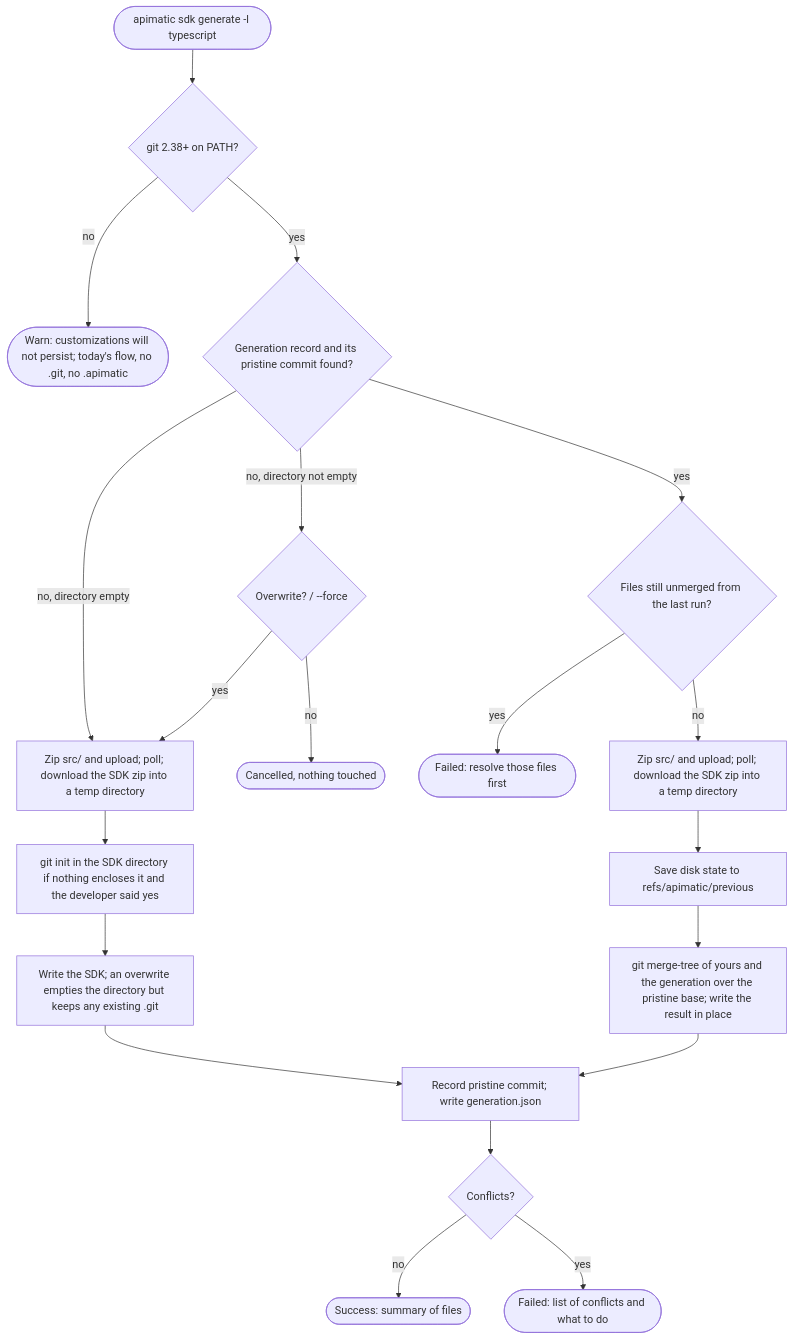
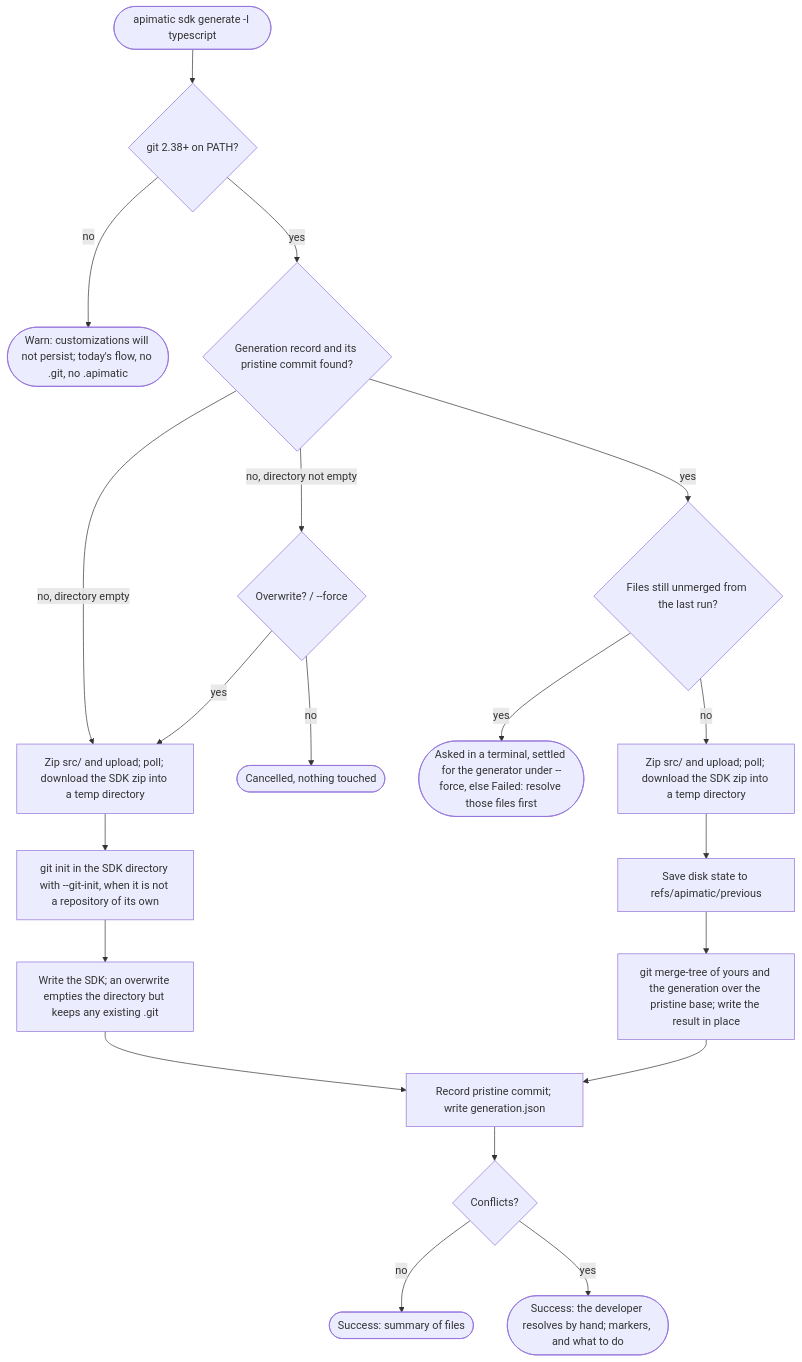
One commit to apimatic/apimatic-cli changed the first of 2 diagrams in .ai/plans/custom-code.md. Above: the diagram before and after it, drawn with Mermaid. The commit also changed other lines of this file and 46 other files, not shown here.

````diff
--- a/.ai/plans/custom-code.md
+++ b/.ai/plans/custom-code.md
@@ -175,22 +174,22 @@
 ```mermaid
 flowchart TD
   A([apimatic sdk generate -l typescript]) --> V{git 2.38+ on PATH?}
   V -- no --> V1([Warn: customizations will not persist; today's flow, no .git, no .apimatic])
   V -- yes --> D{Generation record and its pristine commit found?}
   D -- no, directory empty --> C1
   D -- no, directory not empty --> F{Overwrite? / --force}
   F -- no --> X([Cancelled, nothing touched])
   F -- yes --> C1[Zip src/ and upload; poll; download the SDK zip into a temp directory]
-  C1 --> R1[git init in the SDK directory if nothing encloses it and the developer said yes]
+  C1 --> R1[git init in the SDK directory with --git-init, when it is not a repository of its own]
   R1 --> E[Write the SDK; an overwrite empties the directory but keeps any existing .git]
   D -- yes --> G{Files still unmerged from the last run?}
-  G -- yes --> Y([Failed: resolve those files first])
+  G -- yes --> Y([Asked in a terminal, settled for the generator under --force, else Failed: resolve those files first])
   G -- no --> C2[Zip src/ and upload; poll; download the SDK zip into a temp directory]
   C2 --> H[Save disk state to refs/apimatic/previous]
   H --> I[git merge-tree of yours and the generation over the pristine base; write the result in place]
   E --> J[Record pristine commit; write generation.json]
   I --> J
   J --> K{Conflicts?}
   K -- no --> S([Success: summary of files])
-  K -- yes --> T([Failed: list of conflicts and what to do])
+  K -- yes --> T([Success: the developer resolves by hand; markers, and what to do])
 ```
````
